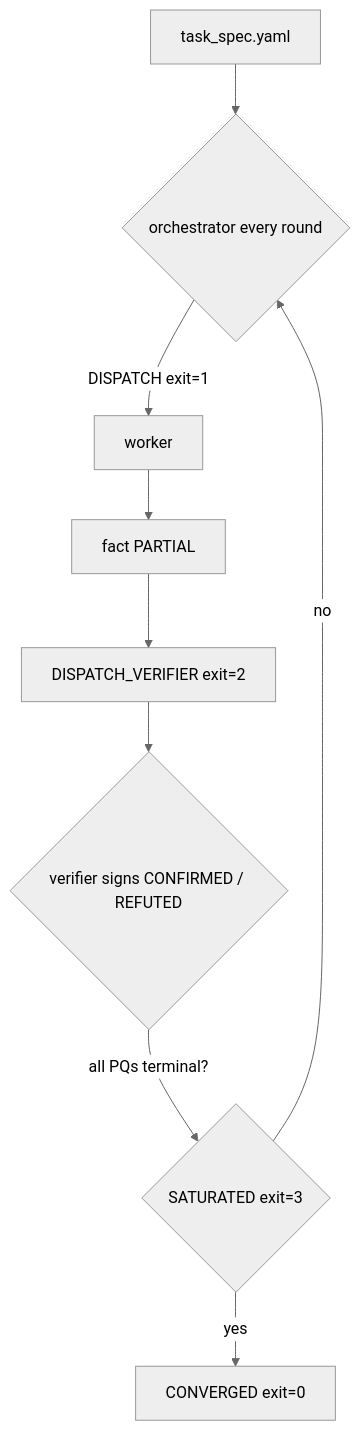
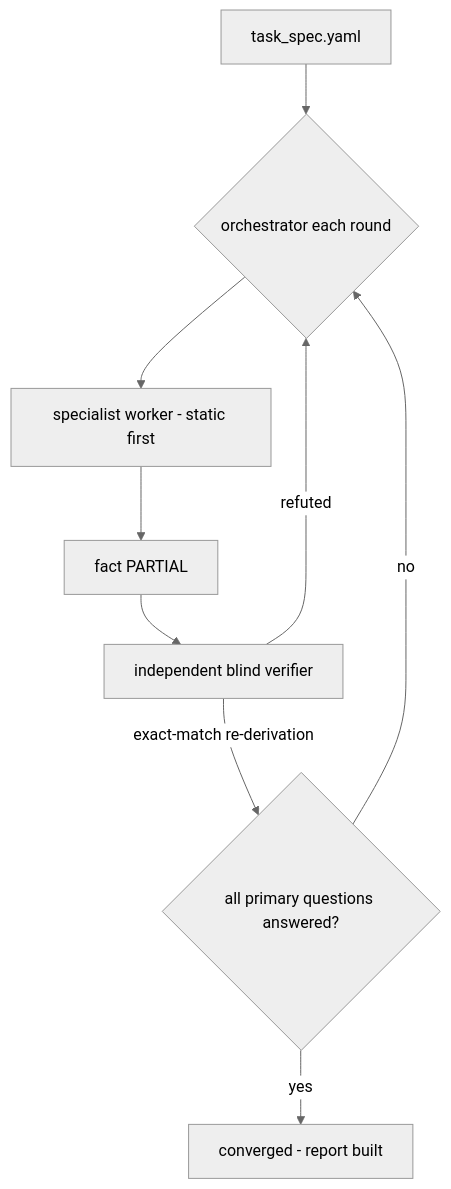
One commit to amd2g2zz/kunglao-agent changed the diagram in README.md. Above: the diagram before and after it, drawn with Mermaid (neutral theme). The commit also changed other lines of this file and 1 other file, not shown here.

````diff
--- a/README.md
+++ b/README.md
@@ -242,11 +171,11 @@
 ```mermaid
 flowchart TD
-    spec[task_spec.yaml] --> orch{orchestrator every round}
-    orch -->|DISPATCH exit=1| w[worker]
+    spec[task_spec.yaml] --> orch{orchestrator each round}
+    orch --> w[specialist worker - static first]
     w --> part[fact PARTIAL]
-    part --> ver[DISPATCH_VERIFIER exit=2]
-    ver --> sign{verifier signs CONFIRMED / REFUTED}
-    sign -->|all PQs terminal?| sat{SATURATED exit=3}
-    sat -->|no| orch
-    sat -->|yes| conv[CONVERGED exit=0]
+    part --> ver[independent blind verifier]
+    ver -->|exact-match re-derivation| more{all primary questions answered?}
+    ver -->|refuted| orch
+    more -->|no| orch
+    more -->|yes| conv[converged - report built]
 ```
````
